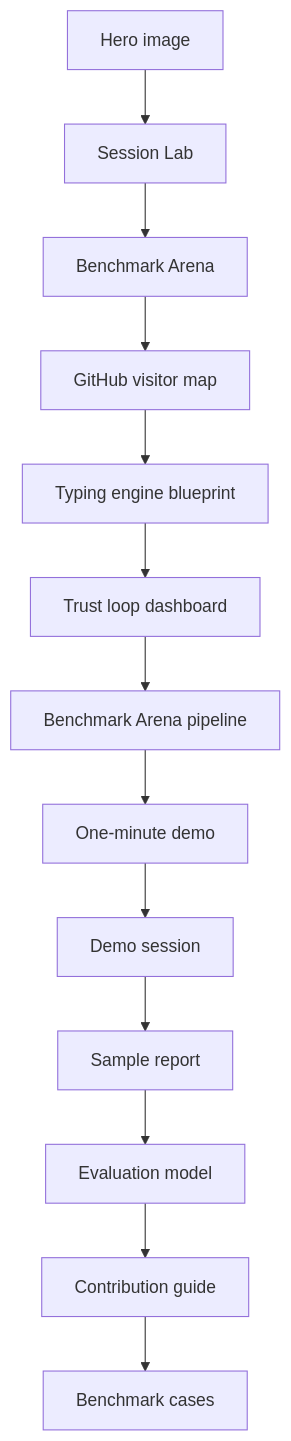
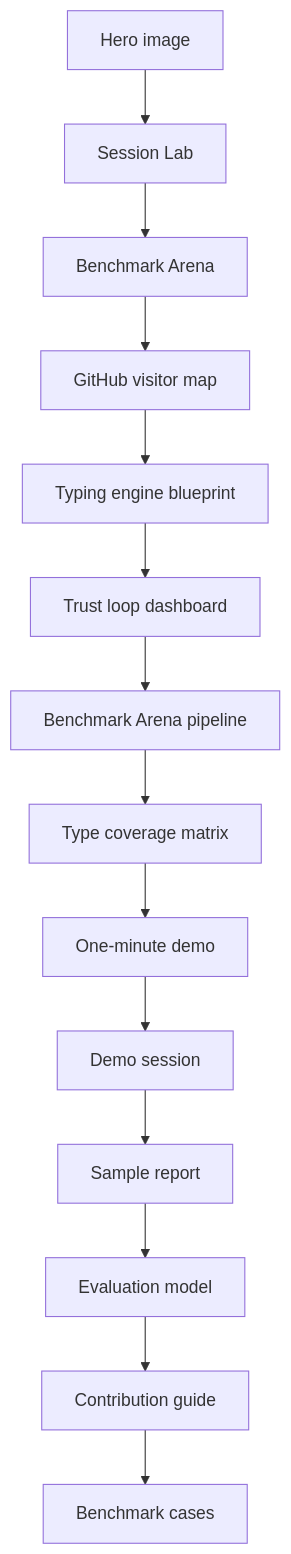
Before and after one commit to Zaoqu-Liu/mbti-typing-skill: the diagram in docs/visual-tour.md, drawn with Mermaid. The commit also changed other lines of this file and 15 other files, not shown here.

Commit message:
Expand benchmark coverage to all types

````diff
--- a/docs/visual-tour.md
+++ b/docs/visual-tour.md
@@ -112,15 +122,16 @@
 ```mermaid
 flowchart TD
     A[Hero image] --> B[Session Lab]
     B --> C[Benchmark Arena]
     C --> D[GitHub visitor map]
     D --> E[Typing engine blueprint]
     E --> F[Trust loop dashboard]
     F --> G[Benchmark Arena pipeline]
-    G --> H[One-minute demo]
-    H --> I[Demo session]
-    I --> J[Sample report]
-    J --> K[Evaluation model]
-    K --> L[Contribution guide]
-    L --> M[Benchmark cases]
+    G --> H[Type coverage matrix]
+    H --> I[One-minute demo]
+    I --> J[Demo session]
+    J --> K[Sample report]
+    K --> L[Evaluation model]
+    L --> M[Contribution guide]
+    M --> N[Benchmark cases]
 ```
````
